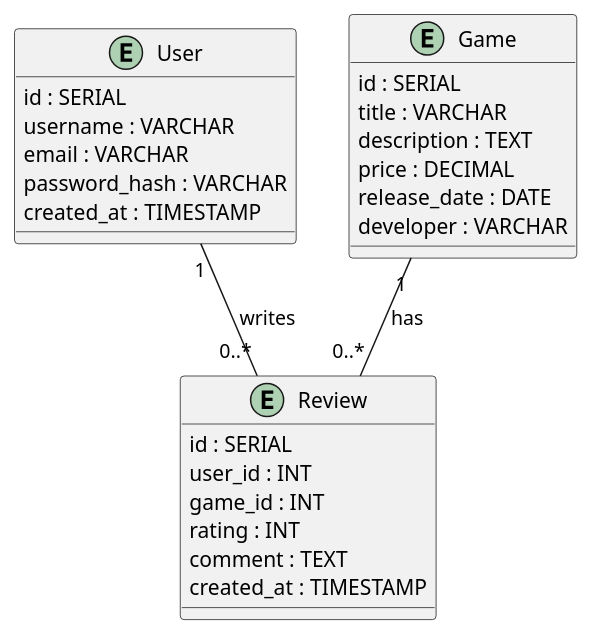
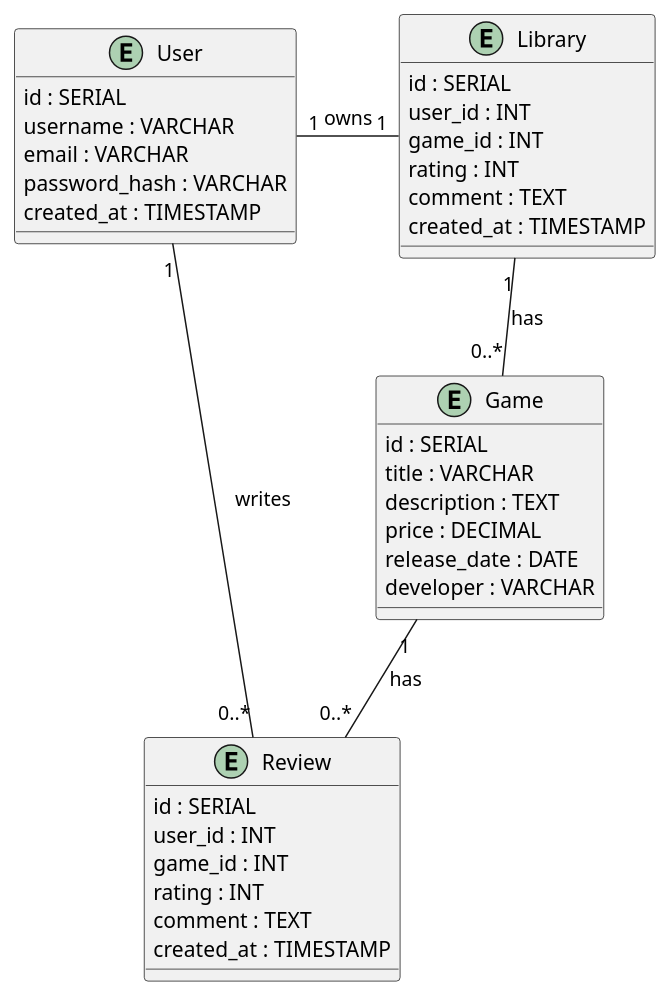
One commit to FontysVenlo/esd-workshop-spring-boot-hibernate changed the diagram in Workshop/Project/steamed/diagrams/database1.0.puml. Above: the diagram before and after it, drawn with PlantUML. The commit also changed 20 other files, not shown here.

Commit message:
feat: UserGame

```diff
--- a/Workshop/Project/steamed/diagrams/database1.0.puml
+++ b/Workshop/Project/steamed/diagrams/database1.0.puml
@@ -6,34 +6,43 @@
 @startuml
 
 entity User {
   id : SERIAL
   username : VARCHAR
   email : VARCHAR
   password_hash : VARCHAR
   created_at : TIMESTAMP
 }
-
 
 entity Game {
   id : SERIAL
   title : VARCHAR
   description : TEXT
   price : DECIMAL
   release_date : DATE
   developer : VARCHAR
 }
 
 entity Review {
   id : SERIAL
   user_id : INT
   game_id : INT
   rating : INT
   comment : TEXT
   created_at : TIMESTAMP
 }
 
+entity Library {
+  id : SERIAL
+  user_id : INT
+  game_id : INT
+  rating : INT
+  comment : TEXT
+  created_at : TIMESTAMP
+}
+
 ' Relationships with 1..* notation
 User "1" -- "0..*" Review : writes
 Game "1" -- "0..*" Review : has
-
+Library "1" -- "0..*" Game : has
+User "1" - "1" Library : owns
 @enduml
```
